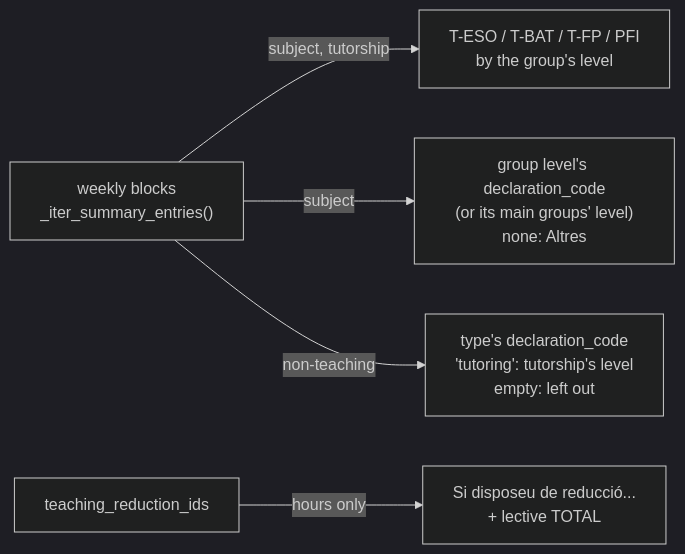
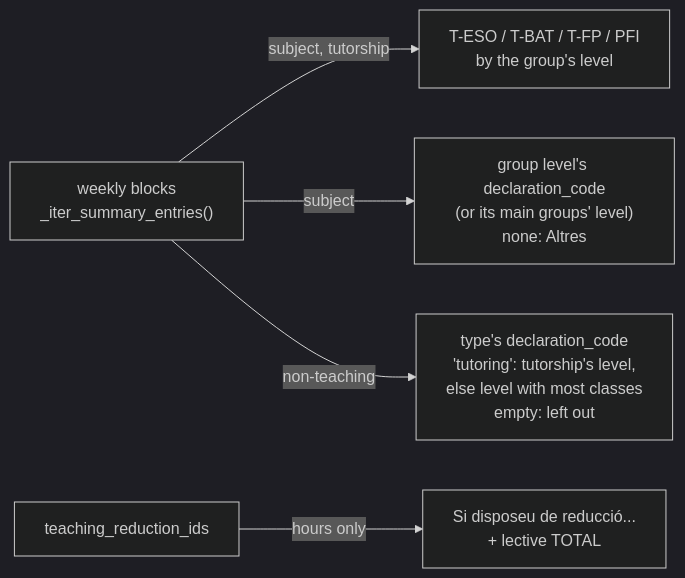
The fifth of 9 diagrams in docs/en/developers/employees/working_schedule.md (ElPuig/EMS), drawn with Mermaid (dark theme) before and after one commit. The commit also changed other lines of this file and 10 other files, not shown here.

First line of the commit message:
723: Departament logo on the declaration; ATAL counts as tutoring

````diff
--- a/docs/en/developers/employees/working_schedule.md
+++ b/docs/en/developers/employees/working_schedule.md
@@ -398,7 +398,7 @@
 ```mermaid
 graph LR
     B["weekly blocks<br/>_iter_summary_entries()"] -->|subject, tutorship| T["T-ESO / T-BAT / T-FP / PFI<br/>by the group's level"]
     B -->|subject| L["group level's declaration_code<br/>(or its main groups' level)<br/>none: Altres"]
-    B -->|non-teaching| N["type's declaration_code<br/>'tutoring': tutorship's level<br/>empty: left out"]
+    B -->|non-teaching| N["type's declaration_code<br/>'tutoring': tutorship's level,<br/>else level with most classes<br/>empty: left out"]
     R["teaching_reduction_ids"] -->|hours only| RR["Si disposeu de reducció...<br/>+ lective TOTAL"]
 ```
````
